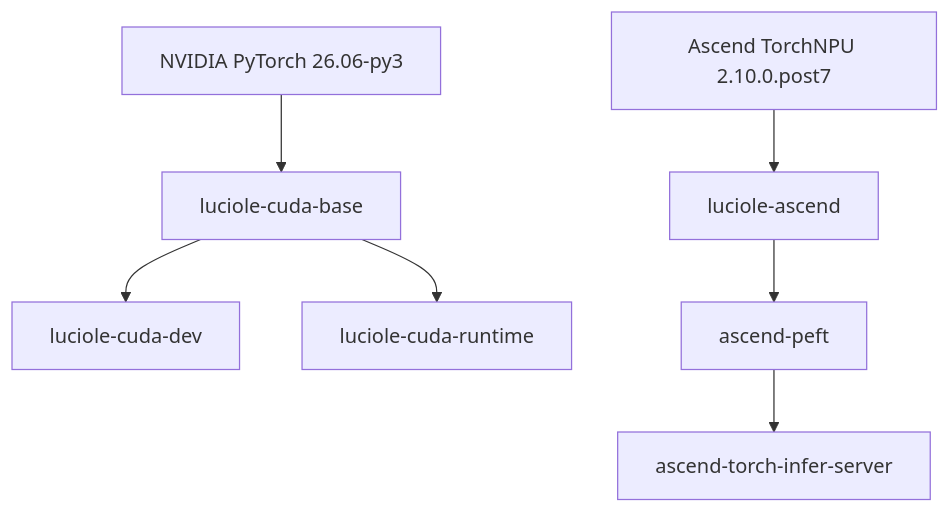
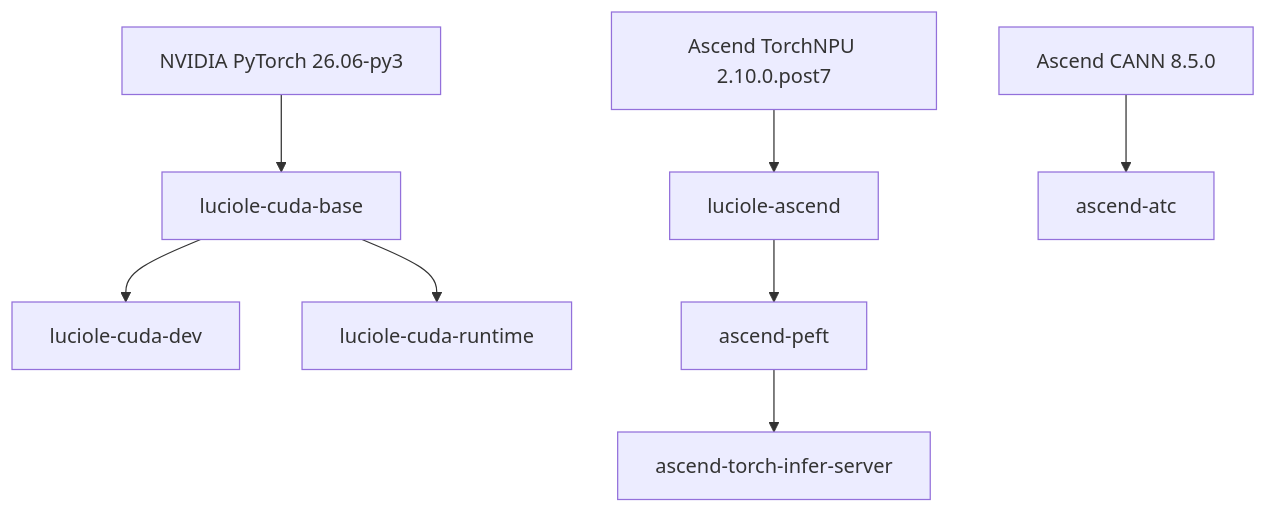
The first of 2 diagrams in README.md (DKUAV/images), drawn with Mermaid before and after one commit. The commit also changed other lines of this file and 11 other files, not shown here.

First line of the commit message:
Feat: Add Ascend ATC image for Ascend910B2 (#31)

````diff
--- a/README.md
+++ b/README.md
@@ -9,9 +9,10 @@
 ```mermaid
 graph TD
   N["NVIDIA PyTorch 26.06-py3"] --> B["luciole-cuda-base"]
   B --> D["luciole-cuda-dev"]
   B --> R["luciole-cuda-runtime"]
   A["Ascend TorchNPU 2.10.0.post7"] --> NPU["luciole-ascend"]
   NPU --> PEFT["ascend-peft"]
   PEFT --> INFER["ascend-torch-infer-server"]
+  CANN["Ascend CANN 8.5.0"] --> ATC["ascend-atc"]
 ```
````
